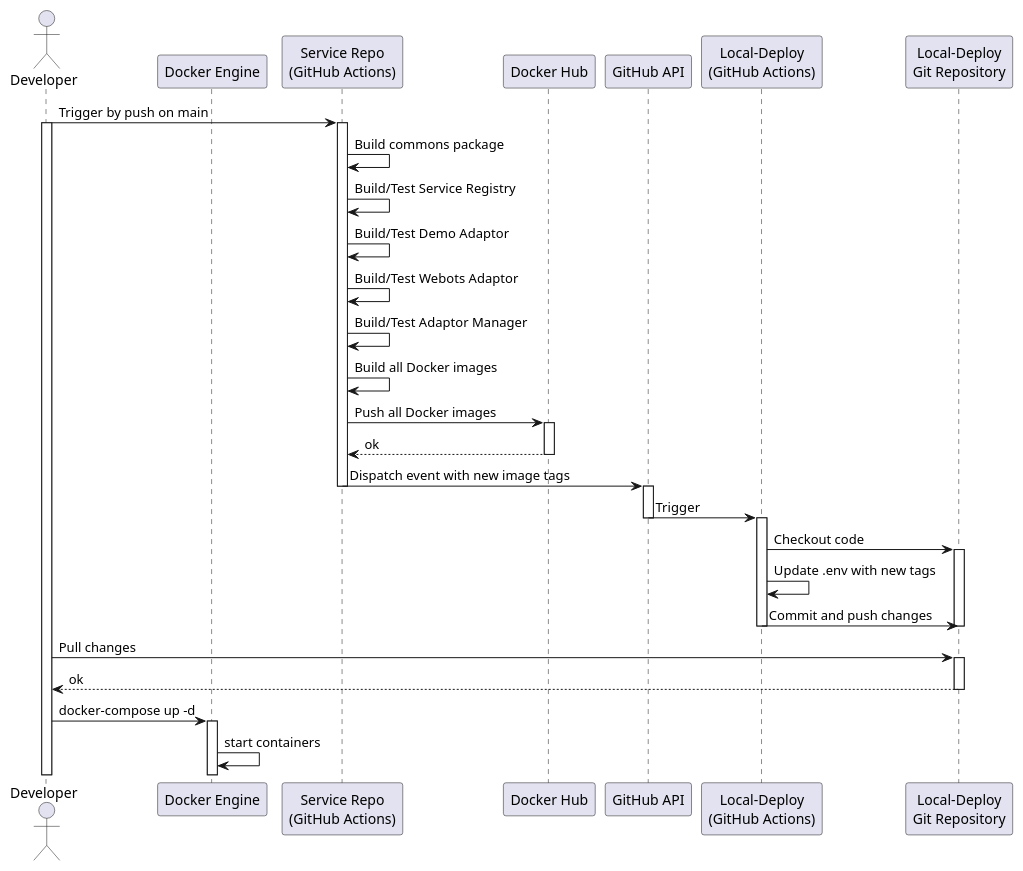
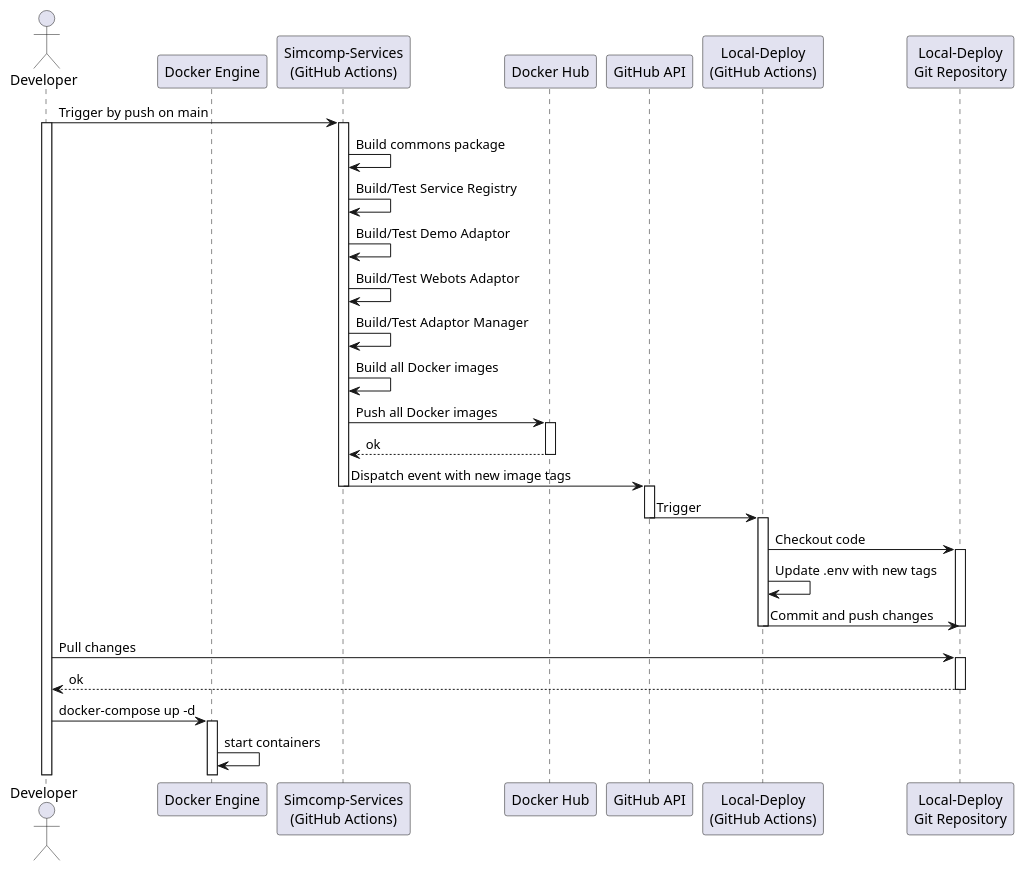
The diagram in continuous-integration/workflow.puml (jku-swe-simcomp/project-management), drawn with PlantUML before and after one commit. The commit also changed 1 other file, not shown here.

```diff
--- a/continuous-integration/workflow.puml
+++ b/continuous-integration/workflow.puml
@@ -1,48 +1,48 @@
 @startuml
 actor Developer
 participant "Docker Engine" as Engine
-participant "Service Repo\n(GitHub Actions)" as SourceRepo
+participant "Simcomp-Services\n(GitHub Actions)" as SourceRepo
 participant "Docker Hub" as Docker
 participant "GitHub API" as GitHubAPI
 participant "Local-Deploy\n(GitHub Actions)" as TargetRepo
 participant "Local-Deploy\nGit Repository" as TargetGit
 
 Developer -> SourceRepo: Trigger by push on main
 activate Developer
 activate SourceRepo
 
 SourceRepo -> SourceRepo: Build commons package
 SourceRepo -> SourceRepo: Build/Test Service Registry
 SourceRepo -> SourceRepo: Build/Test Demo Adaptor
 SourceRepo -> SourceRepo: Build/Test Webots Adaptor
 SourceRepo -> SourceRepo: Build/Test Adaptor Manager
 SourceRepo -> SourceRepo: Build all Docker images
 SourceRepo -> Docker: Push all Docker images
 activate Docker
 Docker --> SourceRepo: ok
 deactivate Docker
 SourceRepo -> GitHubAPI: Dispatch event with new image tags
 deactivate SourceRepo
 activate GitHubAPI
 
 GitHubAPI -> TargetRepo: Trigger
 deactivate GitHubAPI
 activate TargetRepo
 
 TargetRepo -> TargetGit: Checkout code
 activate TargetGit
 
 TargetRepo -> TargetRepo: Update .env with new tags
 TargetRepo -> TargetGit: Commit and push changes
 deactivate TargetGit
 deactivate TargetRepo
 
 Developer -> TargetGit: Pull changes
 activate TargetGit
 TargetGit --> Developer: ok
 deactivate TargetGit
 
 Developer -> Engine: docker-compose up -d
 activate Engine
 Engine -> Engine: start containers
 @enduml
```
